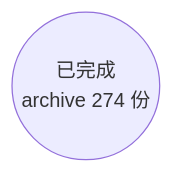
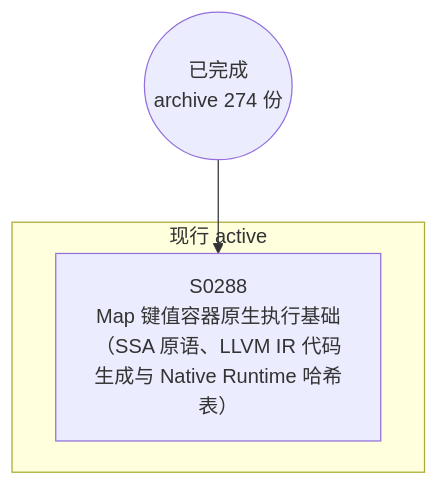
One commit to Halckon/Koven changed the diagram in docs/specs/dependency-graph.md. Above: the diagram before and after it, drawn with Mermaid. The commit also changed other lines of this file and 6 other files, not shown here.

Commit message:
docs(spec): start SPEC-0288 Map native execution pipeline

````diff
--- a/docs/specs/dependency-graph.md
+++ b/docs/specs/dependency-graph.md
@@ -9,4 +9,8 @@
 ```mermaid
 flowchart TD
 ARCH(("已完成<br/>archive 274 份"))
+subgraph Gactive["现行 active"]
+  S0288["S0288<br/>Map 键值容器原生执行基础（SSA 原语、LLVM IR 代码生成与 Native Runtime 哈希表）"]
+end
+ARCH --> S0288
 ```
````
